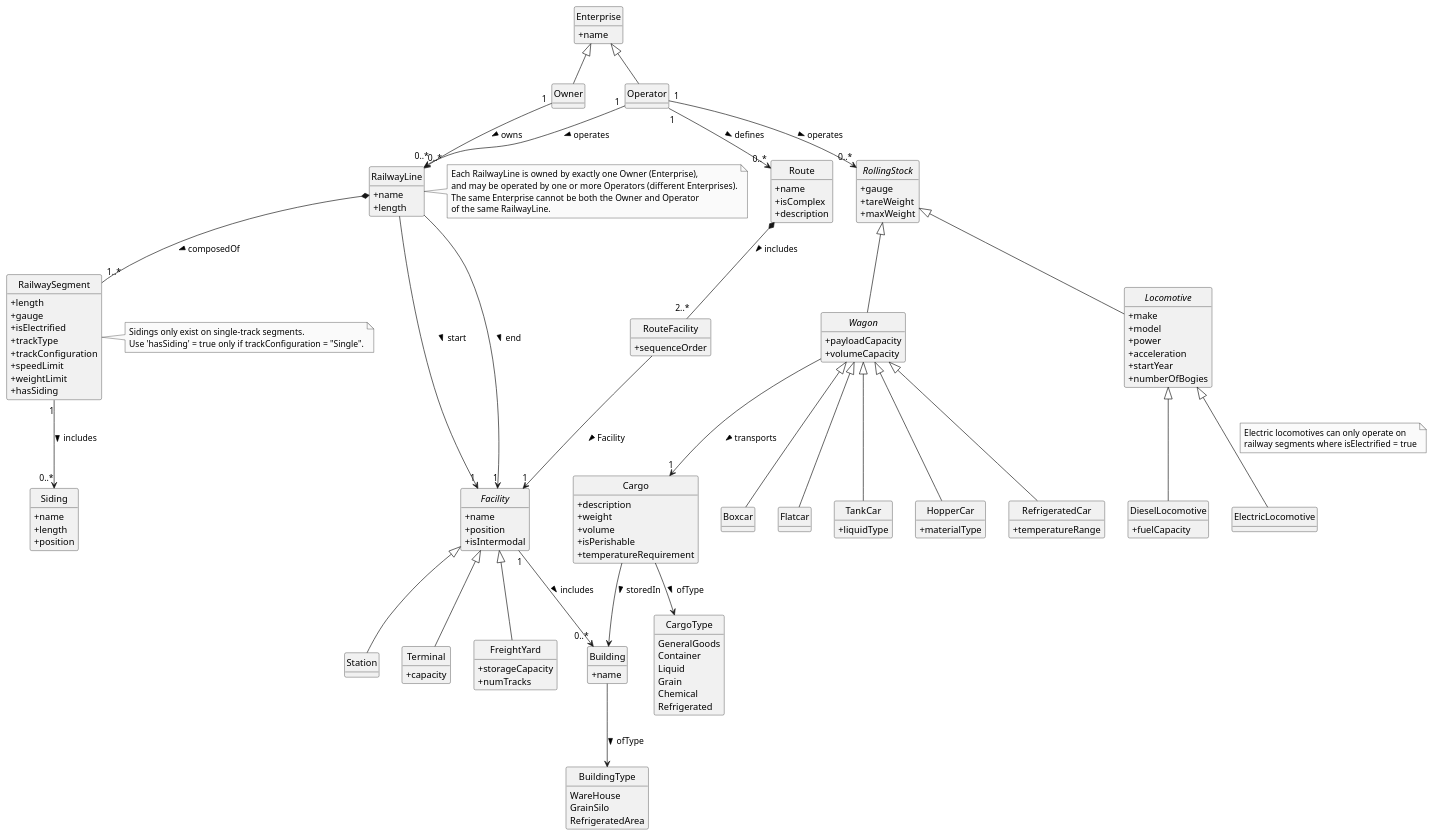
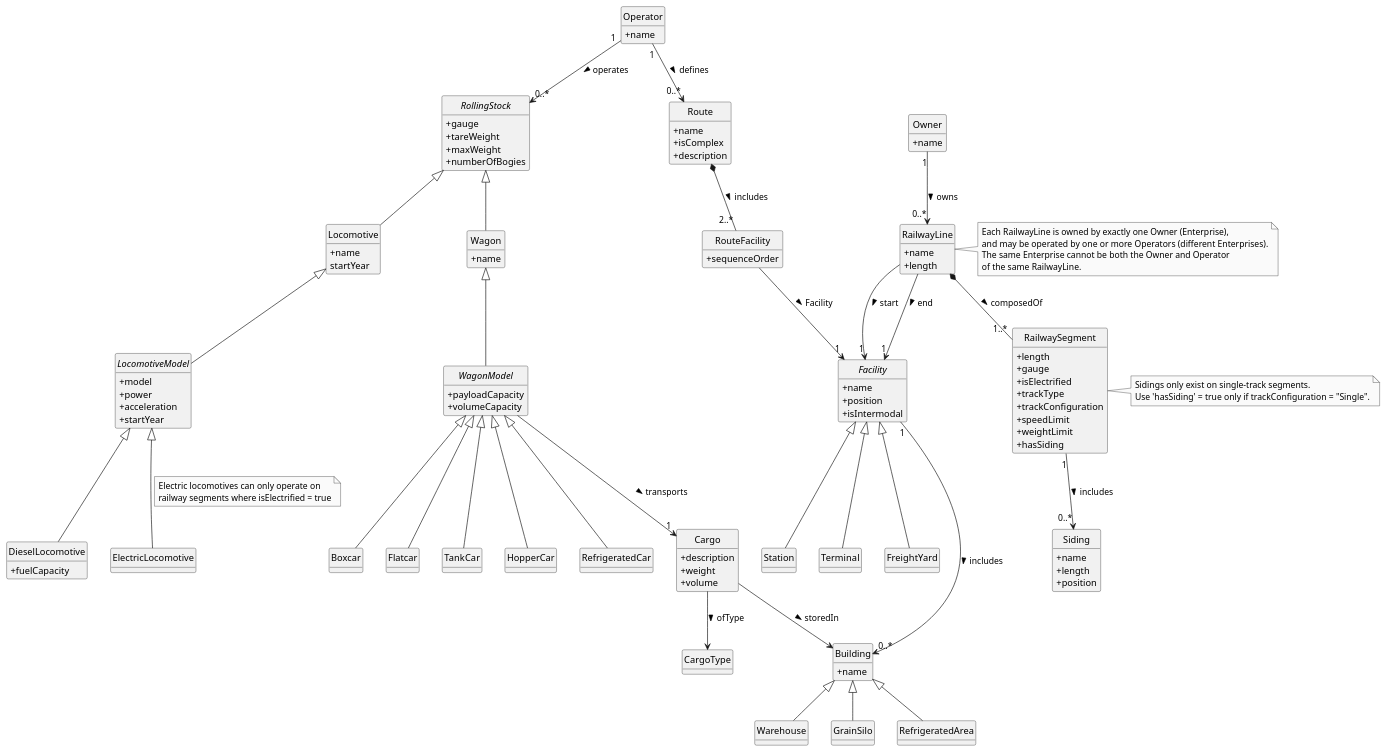
One commit to goncalolopesp/sem3-pi-25-26-g093-repo changed the diagram in definitive-structure/doc/global-artifacts/02.analysis/puml/domain-model.puml. Above: the diagram before and after it, drawn with PlantUML. The commit also changed 5 other files, not shown here.

```diff
--- a/definitive-structure/doc/global-artifacts/02.analysis/puml/domain-model.puml
+++ b/definitive-structure/doc/global-artifacts/02.analysis/puml/domain-model.puml
@@ -1,174 +1,174 @@
 @startuml
 hide circle
 hide methods
 skinparam monochrome true
 skinparam classAttributeIconSize 0
 skinparam shadowing false
 
 abstract class Facility {
   +name
   +position
   +isIntermodal
 }
 
 class Station {}
 class Terminal {
-  +capacity
 }
 class FreightYard {
-  +storageCapacity
-  +numTracks
 }
 
 Facility <|-- Station
 Facility <|-- Terminal
 Facility <|-- FreightYard
 
 
 class RailwayLine {
   +name
   +length
 }
 class RailwaySegment {
   +length
   +gauge
   +isElectrified
   +trackType
   +trackConfiguration
   +speedLimit
   +weightLimit
   +hasSiding
 }
 
 RailwayLine *-- "1..*" RailwaySegment : composedOf >
 RailwayLine --> "1" Facility : start >
 RailwayLine --> "1" Facility : end >
 
-class Enterprise {
-  +name
-}
+
 class Owner {
++name
 }
 class Operator {
++name
 }
-Enterprise <|-- Owner
-Enterprise <|-- Operator
+
 
 Owner "1" --> "0..*" RailwayLine : owns >
 
 abstract class RollingStock {
   +gauge
   +tareWeight
   +maxWeight
+  +numberOfBogies
+
 }
 
-abstract class Locomotive {
-  +make
+abstract class LocomotiveModel {
   +model
   +power
   +acceleration
   +startYear
-  +numberOfBogies
 }
 class DieselLocomotive {
   +fuelCapacity
 }
 class ElectricLocomotive {
 }
-Locomotive <|-- DieselLocomotive
-Locomotive <|-- ElectricLocomotive
+LocomotiveModel <|-- DieselLocomotive
+LocomotiveModel <|-- ElectricLocomotive
 
 note on link
   Electric locomotives can only operate on
   railway segments where isElectrified = true
 end note
 
-abstract class Wagon {
+abstract class WagonModel {
   +payloadCapacity
   +volumeCapacity
 }
 class Boxcar {}
 class Flatcar {}
 class TankCar {
-  +liquidType
-}
+ }
 class HopperCar {
-  +materialType
-}
+ }
 class RefrigeratedCar {
-  +temperatureRange
-}
-Wagon <|-- Boxcar
-Wagon <|-- Flatcar
-Wagon <|-- TankCar
-Wagon <|-- HopperCar
-Wagon <|-- RefrigeratedCar
+ }
+WagonModel <|-- Boxcar
+WagonModel <|-- Flatcar
+WagonModel <|-- TankCar
+WagonModel <|-- HopperCar
+WagonModel <|-- RefrigeratedCar
 
 Operator "1" --> "0..*" RollingStock : operates >
 
 class  Cargo {
   +description
   +weight
   +volume
-  +isPerishable
-  +temperatureRequirement
 }
 enum CargoType {
-  GeneralGoods
-  Container
-  Liquid
-  Grain
-  Chemical
-  Refrigerated
 }
 Cargo --> CargoType : ofType >
-Wagon --> "1" Cargo : transports >
+WagonModel --> "1" Cargo : transports >
 
 class Route {
   +name
   +isComplex
   +description
 }
 class RouteFacility {
   +sequenceOrder
 }
 Route *-- "2..*" RouteFacility : includes >
 RouteFacility --> "1" Facility : Facility >
 
 class Building {
   +name
 }
-enum BuildingType {
-  WareHouse
-  GrainSilo
-  RefrigeratedArea
-}
-Building --> BuildingType : ofType >
+
+Class Warehouse{}
+Class GrainSilo{}
+Class RefrigeratedArea{}
+
+
+Building <|-- Warehouse
+Building <|-- GrainSilo
+Building <|-- RefrigeratedArea
+
+
 Facility "1" --> "0..*" Building : includes >
 Operator "1" --> "0..*" Route : defines >
 Cargo --> Building : storedIn >
-Operator "1" --> "0..*" RailwayLine : operates >
 
 note right of RailwayLine
   Each RailwayLine is owned by exactly one Owner (Enterprise),
   and may be operated by one or more Operators (different Enterprises).
   The same Enterprise cannot be both the Owner and Operator
   of the same RailwayLine.
 end note
+
+Locomotive <|-- LocomotiveModel
+Wagon <|-- WagonModel
 
 RollingStock <|-- Locomotive
 RollingStock <|-- Wagon
 
 
 class Siding {
   +name
   +length
   +position
 }
 
+class Locomotive{
++name
+startYear
+}
+
+class Wagon{
++name
+}
 note right of RailwaySegment
   Sidings only exist on single-track segments.
   Use 'hasSiding' = true only if trackConfiguration = "Single".
 end note
 RailwaySegment "1" --> "0..*" Siding : includes >
 @enduml
```
